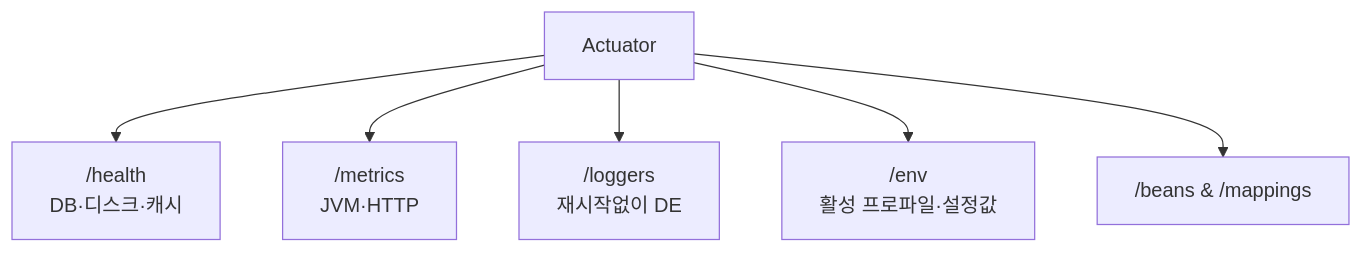
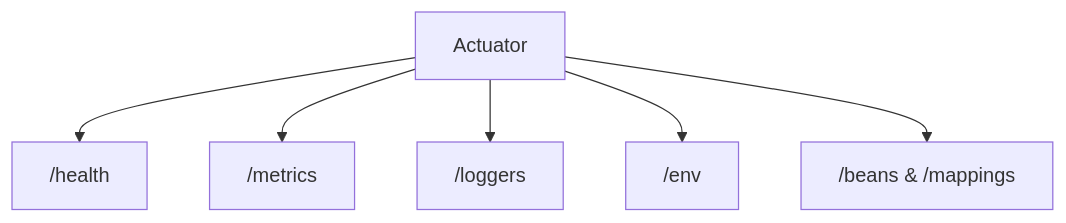
One commit to yjkim2015/yjkim2015.github.io changed the sixth of 7 diagrams in _posts/spring/2026-05-02-spring-boot-autoconfigure.md. Above: the diagram before and after it, drawn with Mermaid. The commit also changed other lines of this file and 217 other files, not shown here.

First line of the commit message:
Mermaid 크기 수정: useMaxWidth:true + SVG max-width:100% + 라벨 축소

````diff
--- a/_posts/spring/2026-05-02-spring-boot-autoconfigure.md
+++ b/_posts/spring/2026-05-02-spring-boot-autoconfigure.md
@@ -514,8 +514,8 @@
 ```mermaid
 graph TD
-    A["Actuator"] --> B["/health\nDB·디스크·캐시"]
-    A --> C["/metrics\nJVM·HTTP"]
-    A --> D["/loggers\n재시작없이 DE"]
-    A --> E["/env\n활성 프로파일·설정값"]
+    A["Actuator"] --> B["/health"]
+    A --> C["/metrics"]
+    A --> D["/loggers"]
+    A --> E["/env"]
     A --> F["/beans & /mappings"]
 ```
````
